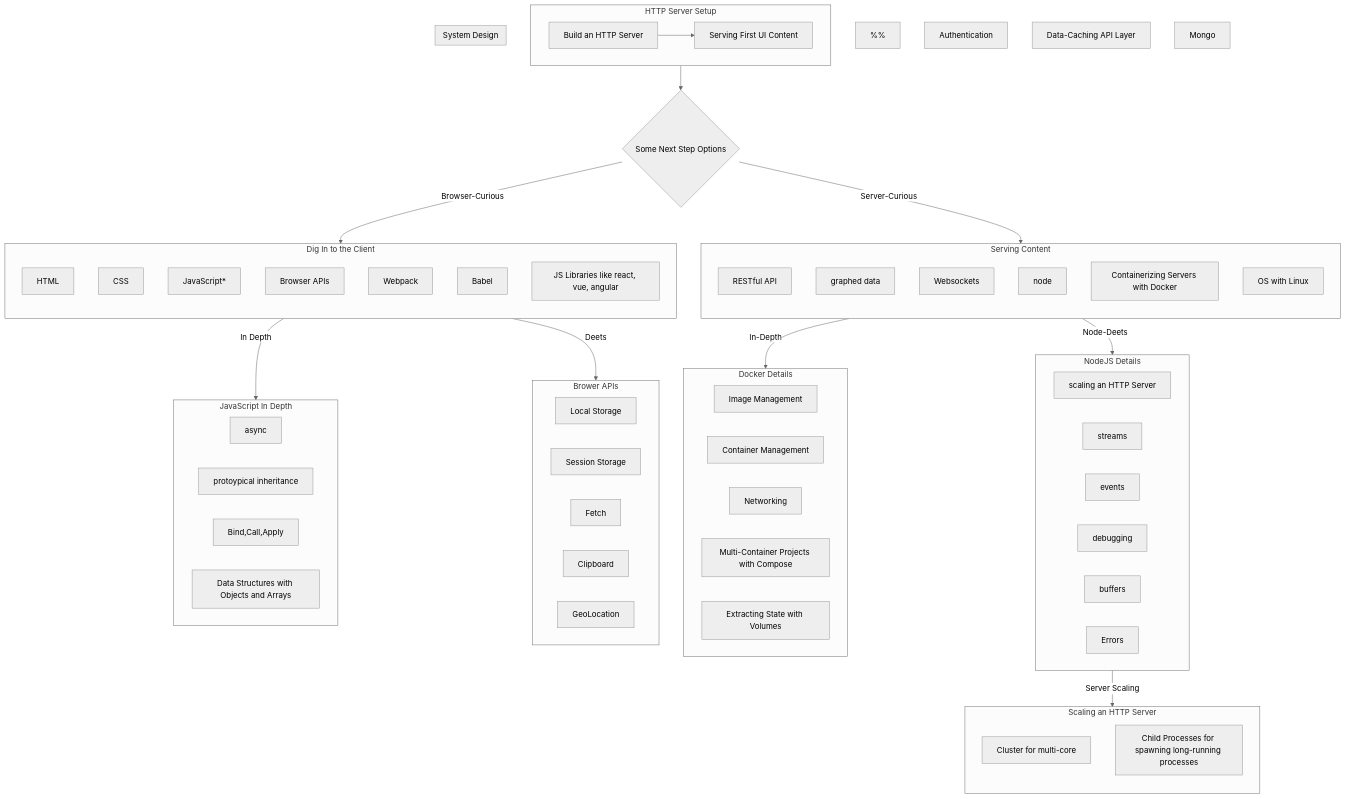
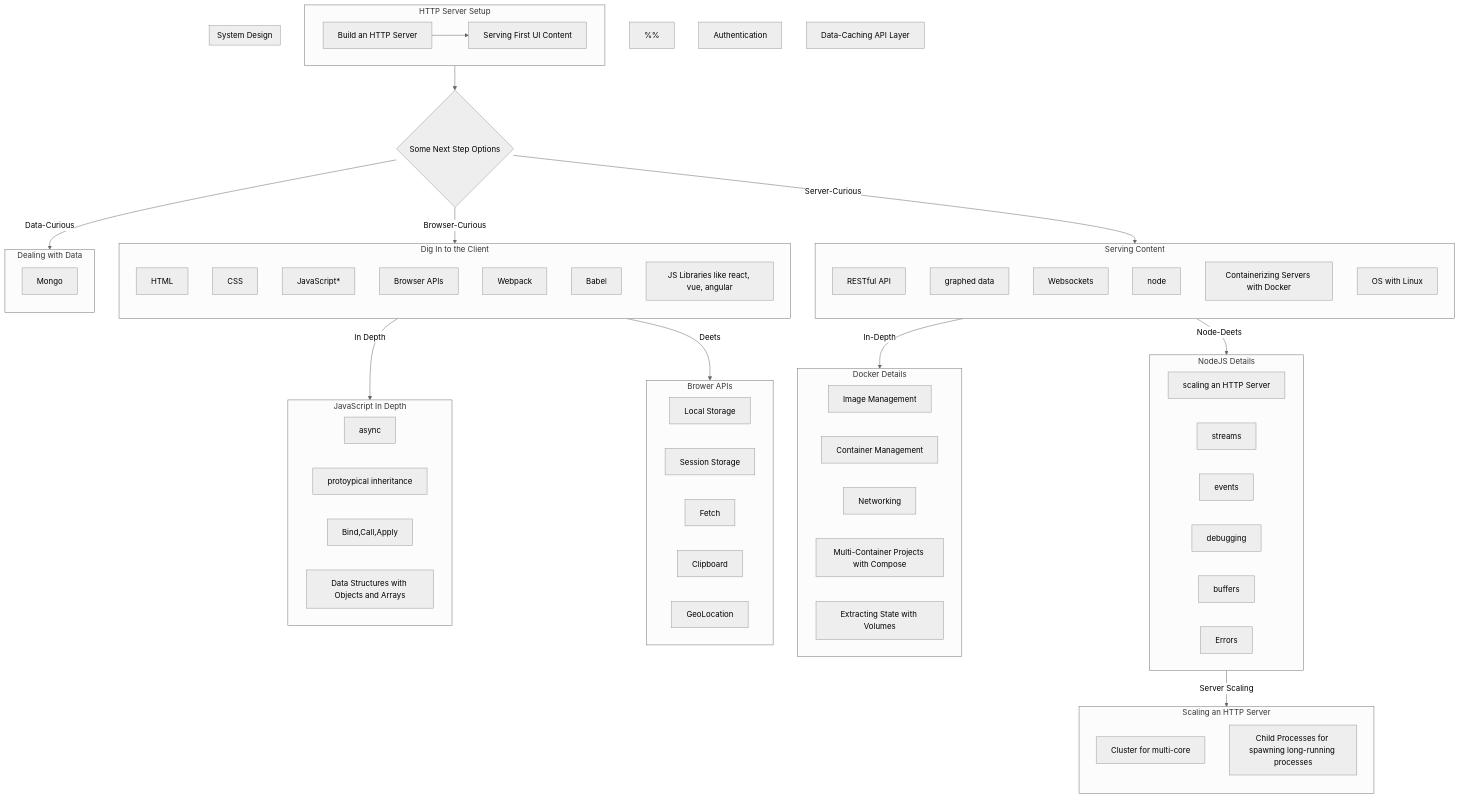
Before and after one commit to imagineLife/big-site: the diagram in src/pages/a-web-first-path.mdx, drawn with Mermaid (neutral theme).

Commit message:
init db-curious

```diff
--- a/src/pages/a-web-first-path.mdx
+++ b/src/pages/a-web-first-path.mdx
@@ -46,6 +46,7 @@
 %% system design nodes;
   AUTH[Authentication];
   DATA-CACHE-LAYER[Data-Caching API Layer];
+
 
 %% Database nodes;
   MONGODB[Mongo];
@@ -115,6 +116,12 @@
     DOCKER;
     LINUX;
   end;
+
+%% DB-Curious
+  subgraph DATABASE_CURIOUS[Dealing with Data];
+    direction TB;
+      MONGODB;
+    end;
 
 %% Networking & System-Design
   subgraph SYSTEM_DESIGN[System Design]
@@ -188,6 +195,7 @@
   HTTP_SERVER_SETUP --> OPTS;
   OPTS --> |Browser-Curious|BROWSER_CURIOUS;
   OPTS --> |Server-Curious|SERVER_CURIOUS;
+  OPTS --> |Data-Curious|DATABASE_CURIOUS;
   NODE --> |Node-Deets|NODE-SUBGRAPH;
   JS --> |In Depth| JS-SUBGRAPH;
 
```
